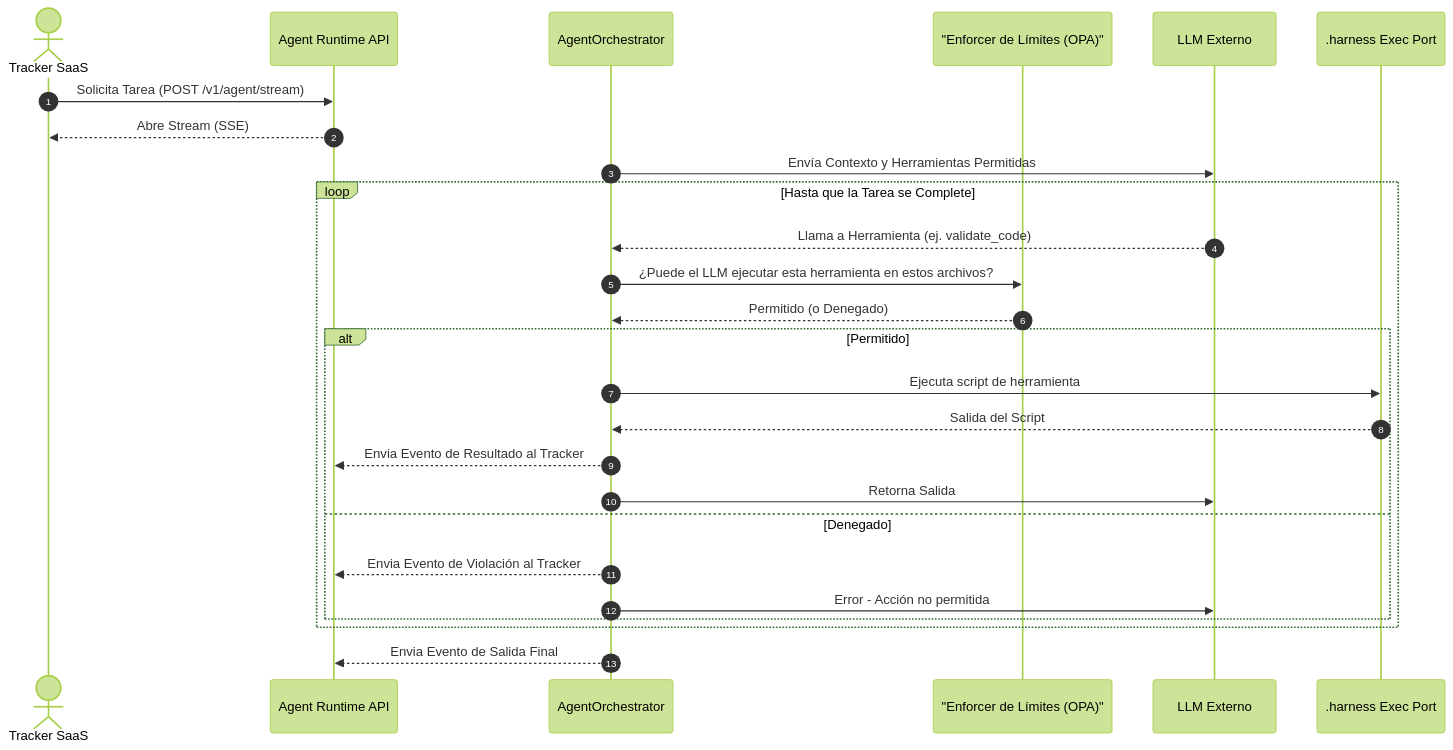
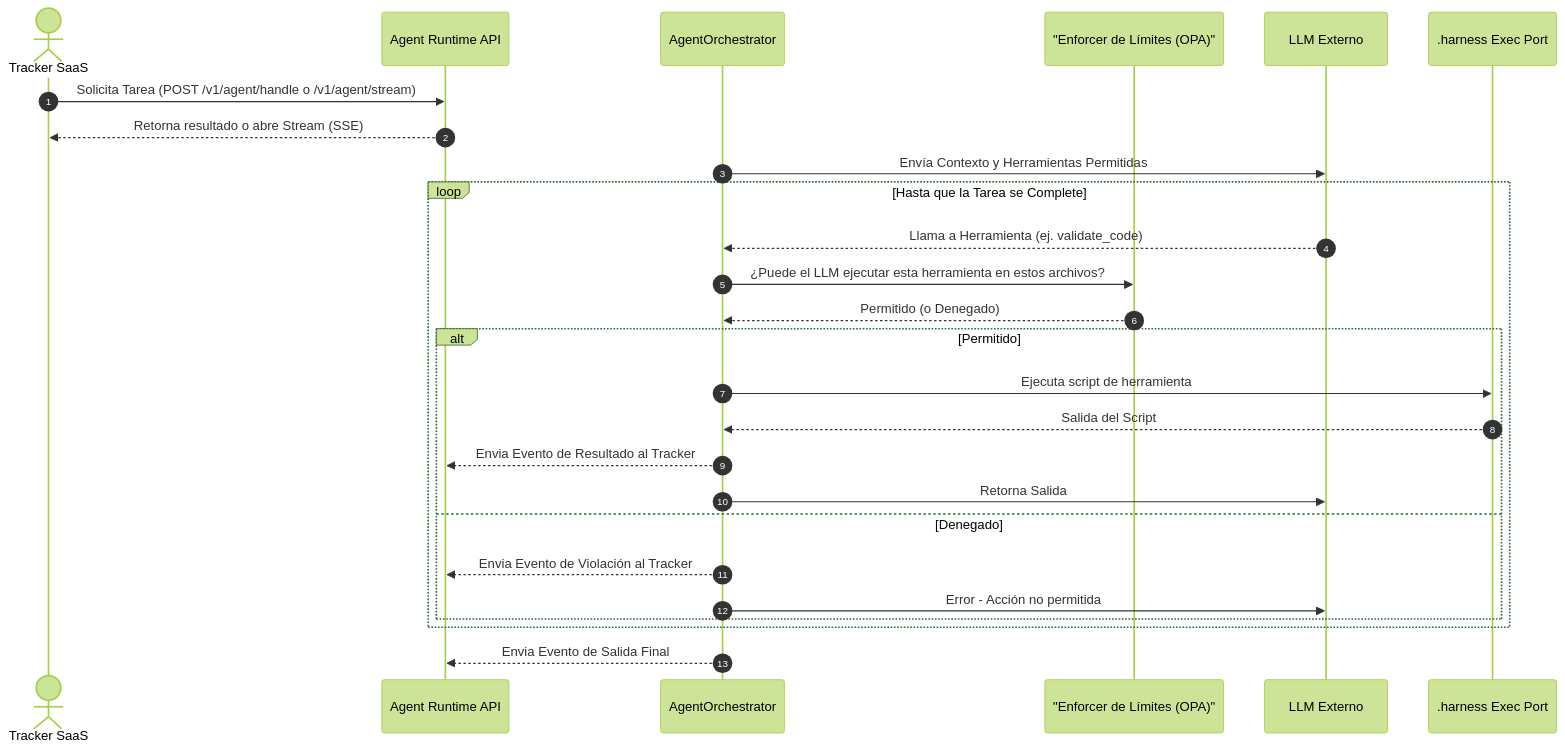
Before and after one commit to beyondnetcode/evolith_arch32: the second of 2 diagrams in reference/architecture/views/view-by-flow.es.md, drawn with Mermaid (forest theme). The commit also changed other lines of this file and 41 other files, not shown here.

Commit message:
docs: align architecture reference with implementation

````diff
--- a/reference/architecture/views/view-by-flow.es.md
+++ b/reference/architecture/views/view-by-flow.es.md
@@ -50,33 +50,33 @@
 ```mermaid
 sequenceDiagram
     autonumber
     actor Tracker as Tracker SaaS
     participant SSE as Agent Runtime API
     participant Orch as AgentOrchestrator
     participant Boundary as "Enforcer de Límites (OPA)"
     participant LLM as LLM Externo
     participant Exec as .harness Exec Port
 
-    Tracker->>SSE: Solicita Tarea (POST /v1/agent/stream)
-    SSE-->>Tracker: Abre Stream (SSE)
+    Tracker->>SSE: Solicita Tarea (POST /v1/agent/handle o /v1/agent/stream)
+    SSE-->>Tracker: Retorna resultado o abre Stream (SSE)
     
     Orch->>LLM: Envía Contexto y Herramientas Permitidas
     loop Hasta que la Tarea se Complete
         LLM-->>Orch: Llama a Herramienta (ej. validate_code)
         
         Orch->>Boundary: ¿Puede el LLM ejecutar esta herramienta en estos archivos?
         Boundary-->>Orch: Permitido (o Denegado)
         
         alt Permitido
             Orch->>Exec: Ejecuta script de herramienta
             Exec-->>Orch: Salida del Script
             Orch-->>SSE: Envia Evento de Resultado al Tracker
             Orch->>LLM: Retorna Salida
         else Denegado
             Orch-->>SSE: Envia Evento de Violación al Tracker
             Orch->>LLM: Error - Acción no permitida
         end
     end
     
     Orch-->>SSE: Envia Evento de Salida Final
 ```
````
